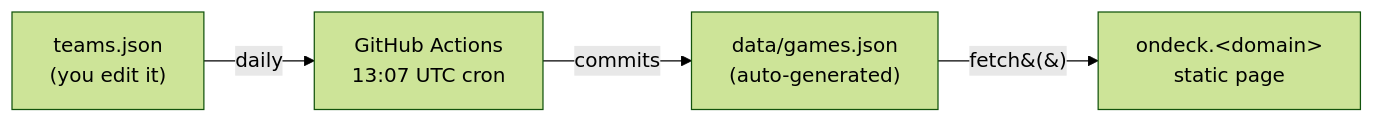
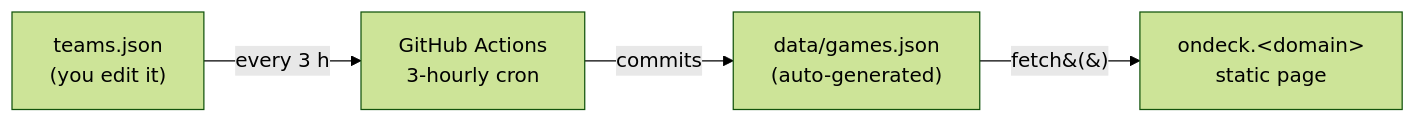
One commit to mpoling/sites changed the diagram in ondeck/README.md. Above: the diagram before and after it, drawn with Mermaid (forest theme). The commit also changed other lines of this file and 1 other file, not shown here.

First line of the commit message:
fix(ondeck): refresh game data every 3 hours instead of daily

````diff
--- a/ondeck/README.md
+++ b/ondeck/README.md
@@ -9,11 +9,11 @@
 ```mermaid
 flowchart LR
     teams["teams.json<br/>(you edit it)"]
-    cron["GitHub Actions<br/>13:07 UTC cron"]
+    cron["GitHub Actions<br/>3-hourly cron"]
     games["data/games.json<br/>(auto-generated)"]
     page["ondeck.&lt;domain&gt;<br/>static page"]
 
-    teams -->|daily| cron
+    teams -->|every 3 h| cron
     cron -->|commits| games
     games -->|fetch&#40;&#41;| page
 ```
````
